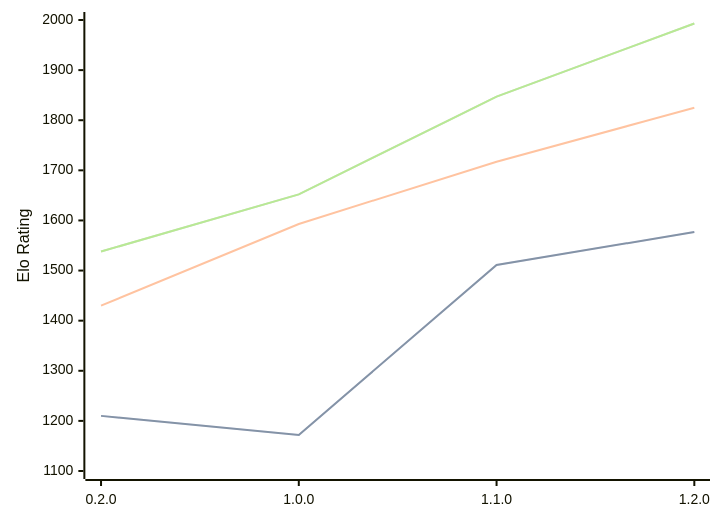
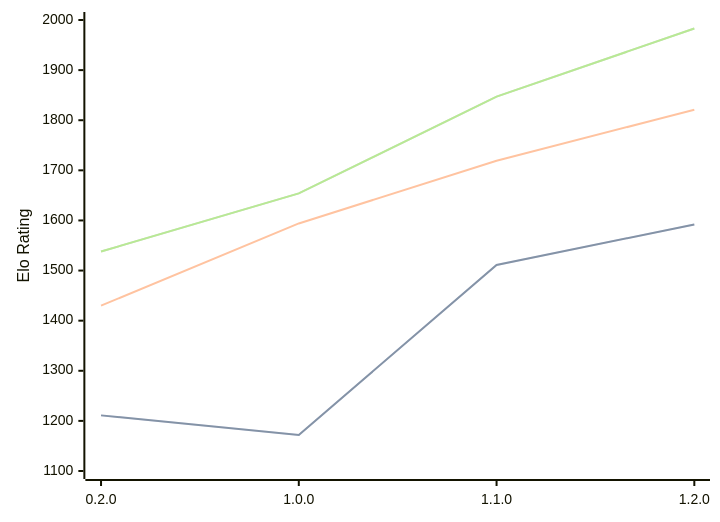
The diagram in engines/Zeppelin.md (computer-chess-index/cci), drawn with Mermaid before and after one commit. The commit also changed other lines of this file, not shown here.

Commit message:
Update CCI Ratings (ELO VLTC) - 2026-02-20

````diff
--- a/engines/Zeppelin.md
+++ b/engines/Zeppelin.md
@@ -33,11 +33,11 @@
 ```mermaid
 %%{init: {"theme":"base","themeVariables":{"seriesColors:['#a3a3a3','#222221','#faa371']}}}%%
 xychart-beta
   x-axis ["0.2.0", "1.0.0", "1.1.0", "1.2.0"]
   y-axis "Elo Rating" 1100 --> 2000
-  line "STC (8.0+0.08s)" [1210, 1172, 1511, 1577]
-  line "STC (8.0+0.08s)" [1210, 1172, 1511, 1577]
-  line "LTC (60.0+0.60s)" [1430, 1593, 1717, 1825]
-  line "VLTC (2m24s+1.12s)" [1538, 1652, 1847, 1993]
-  line "VLTC (2m24s+1.12s)" [1538, 1652, 1847, 1993]
+  line "STC (8.0+0.08s)" [1211, 1172, 1511, 1592]
+  line "STC (8.0+0.08s)" [1211, 1172, 1511, 1592]
+  line "LTC (60.0+0.60s)" [1430, 1594, 1719, 1821]
+  line "VLTC (2m24s+1.12s)" [1538, 1654, 1847, 1983]
+  line "VLTC (2m24s+1.12s)" [1538, 1654, 1847, 1983]
 ```
````
